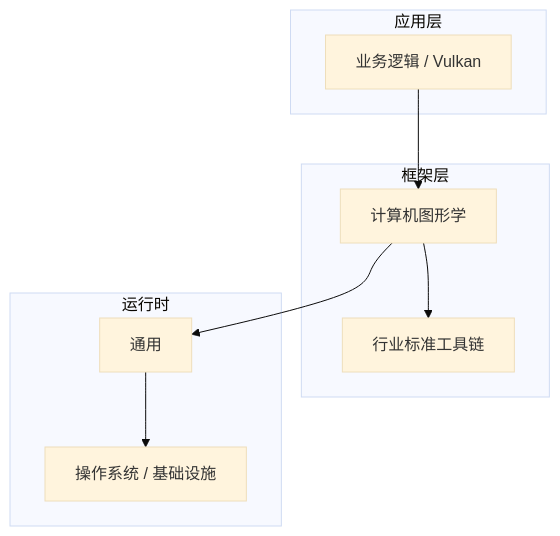
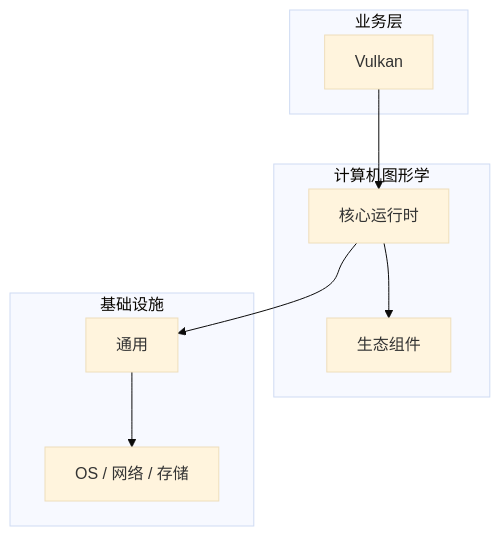
Before and after one commit to yanggan2015/knowledge-json-v2: the diagram in articles/计算机图形学/chapters/071-Vulkan核心概念与原理.md, drawn with Mermaid (base theme). The commit also changed other lines of this file and 10127 other files, not shown here.

````diff
--- a/articles/计算机图形学/chapters/071-Vulkan核心概念与原理.md
+++ b/articles/计算机图形学/chapters/071-Vulkan核心概念与原理.md
@@ -45,18 +30,18 @@
 ```mermaid
 graph TB
-    subgraph 应用层
-        A[业务逻辑 / Vulkan]
+    subgraph 业务层
+        A[Vulkan]
     end
-    subgraph 框架层
-        B[计算机图形学]
-        C[行业标准工具链]
+    subgraph 计算机图形学
+        B[核心运行时]
+        C[生态组件]
     end
-    subgraph 运行时
+    subgraph 基础设施
         D[通用]
-        E[操作系统 / 基础设施]
+        E[OS / 网络 / 存储]
     end
     A --> B
     B --> C
     B --> D
     D --> E
 ```
````
